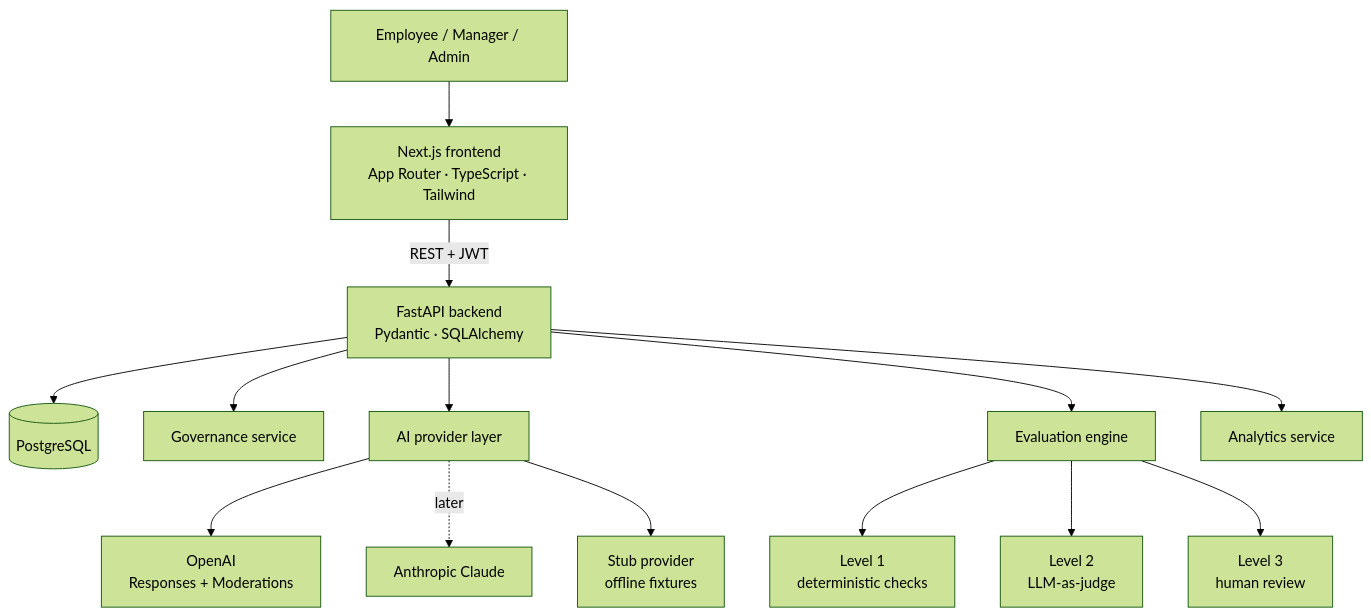
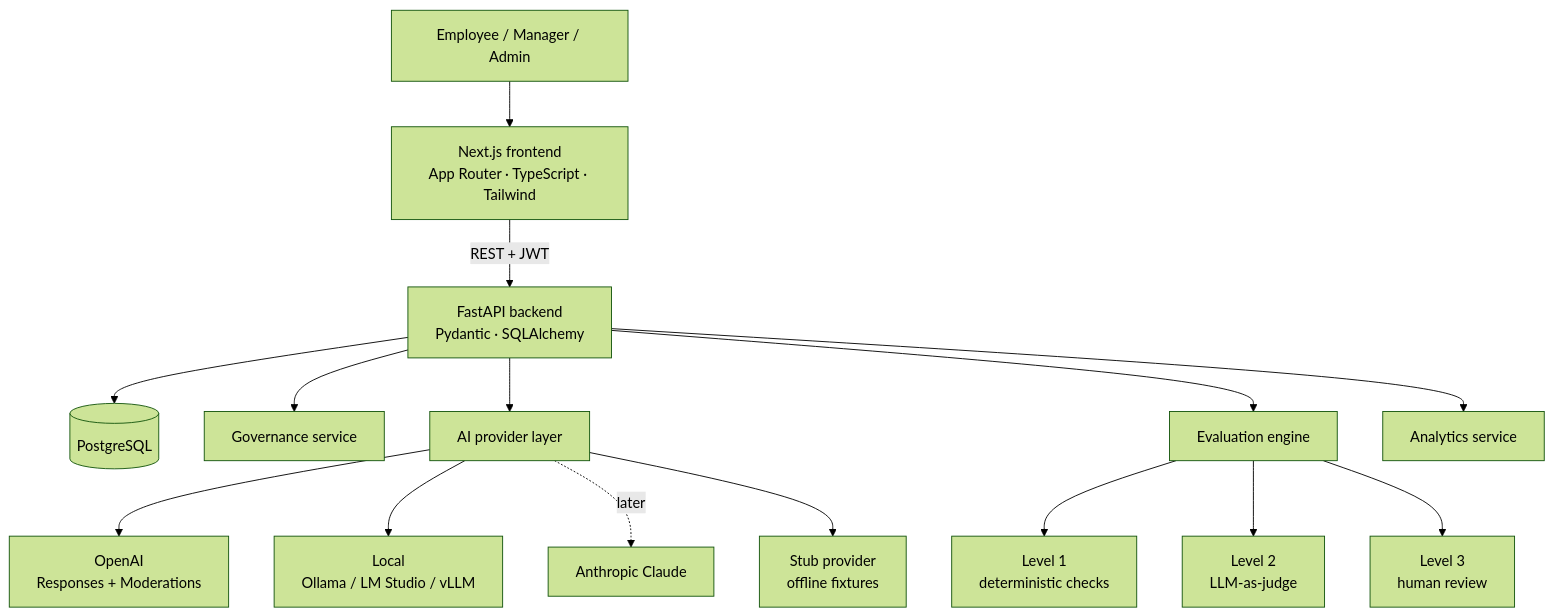
The first of 2 diagrams in docs/architecture.md (UsamahMoin/Enterprise-AI-Enablement-Evaluation-Platform), drawn with Mermaid (forest theme) before and after one commit. The commit also changed other lines of this file and 10 other files, not shown here.

````diff
--- a/docs/architecture.md
+++ b/docs/architecture.md
@@ -5,19 +5,20 @@
 ```mermaid
 flowchart TD
     U[Employee / Manager / Admin] --> FE[Next.js frontend<br/>App Router · TypeScript · Tailwind]
     FE -->|REST + JWT| BE[FastAPI backend<br/>Pydantic · SQLAlchemy]
 
     BE --> DB[(PostgreSQL)]
     BE --> GOV[Governance service]
     BE --> AI[AI provider layer]
     BE --> EVAL[Evaluation engine]
     BE --> AN[Analytics service]
 
     AI --> OAI[OpenAI<br/>Responses + Moderations]
+    AI --> LOC[Local<br/>Ollama / LM Studio / vLLM]
     AI -. later .-> ANT[Anthropic Claude]
     AI --> STUB[Stub provider<br/>offline fixtures]
 
     EVAL --> D1[Level 1<br/>deterministic checks]
     EVAL --> D2[Level 2<br/>LLM-as-judge]
     EVAL --> D3[Level 3<br/>human review]
 ```
````
